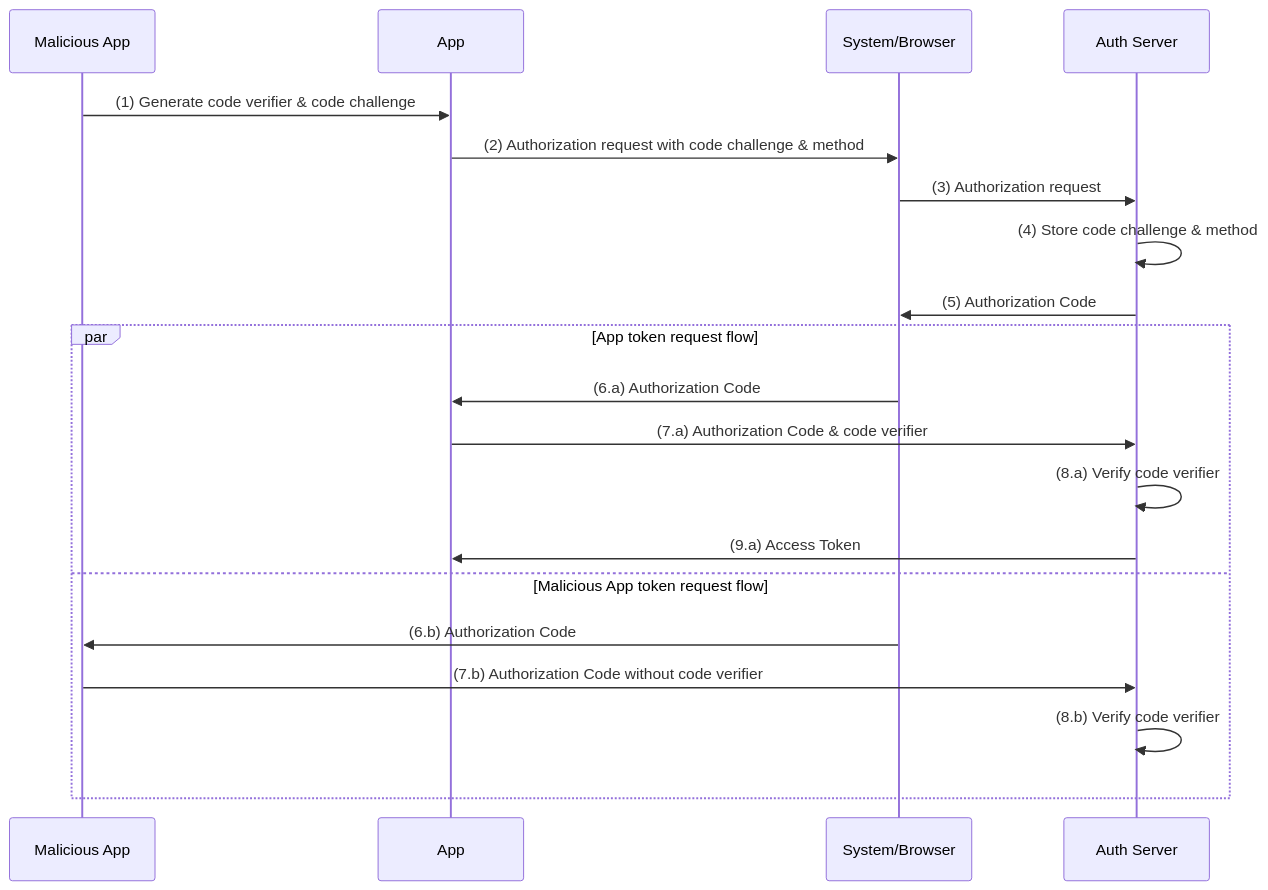
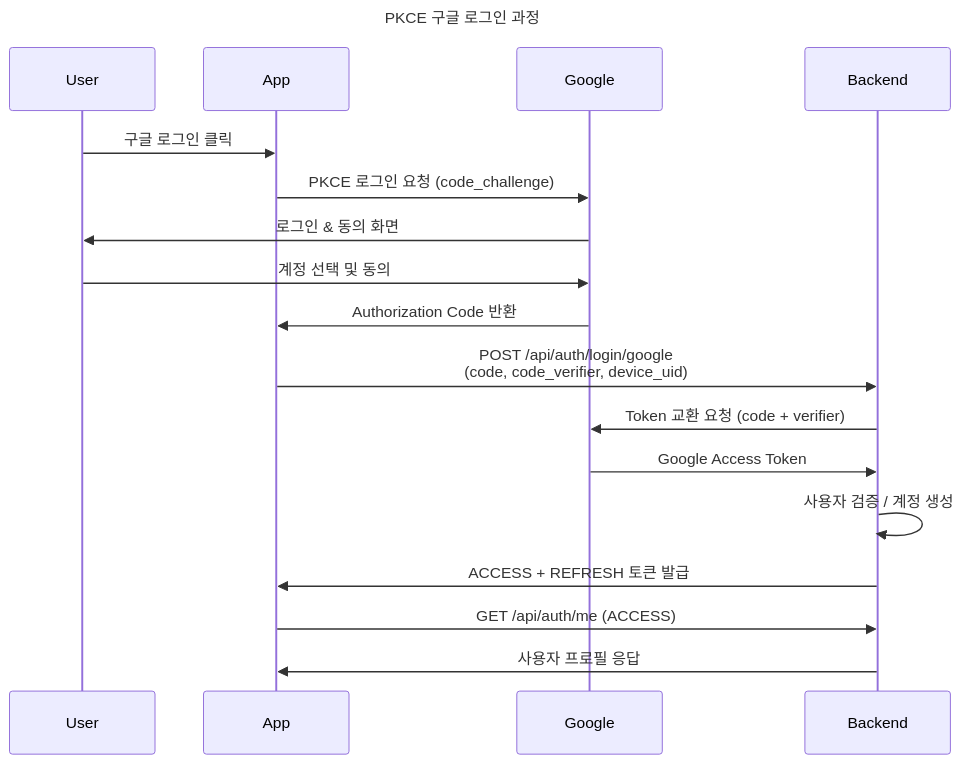
The first of 3 diagrams in apps/mobile/docs/PKCE_AUTH.md (Mockly-Company/mockly-mobile), drawn with Mermaid before and after one commit. The commit also changed other lines of this file and 15 other files, not shown here.

````diff
--- a/apps/mobile/docs/PKCE_AUTH.md
+++ b/apps/mobile/docs/PKCE_AUTH.md
@@ -73,25 +3,25 @@
 ```mermaid
 sequenceDiagram
-    participant MaliciousApp as Malicious App
-    participant App as App
-    participant Browser as System/Browser
-    participant Auth as Auth Server
+    title PKCE 구글 로그인 과정
+    participant User
+    participant App
+    participant Google
+    participant Backend
 
-    %% Step 1~2
-    MaliciousApp->>App: (1) Generate code verifier & code challenge
-    App->>Browser: (2) Authorization request with code challenge & method
-    Browser->>Auth: (3) Authorization request
-    Auth->>Auth: (4) Store code challenge & method
-    Auth->>Browser: (5) Authorization Code
+    User->>App: 구글 로그인 클릭
+    App->>Google: PKCE 로그인 요청 (code_challenge)
+    Google->>User: 로그인 & 동의 화면
+    User->>Google: 계정 선택 및 동의
+    Google->>App: Authorization Code 반환
 
-    par App token request flow
-        Browser->>App: (6.a) Authorization Code
-        App->>Auth: (7.a) Authorization Code & code verifier
-        Auth->>Auth: (8.a) Verify code verifier
-        Auth->>App: (9.a) Access Token
-    and Malicious App token request flow
-        Browser->>MaliciousApp: (6.b) Authorization Code
-        MaliciousApp->>Auth: (7.b) Authorization Code without code verifier
-        Auth->>Auth: (8.b) Verify code verifier
-    end
+    App->>Backend: POST /api/auth/login/google<br/>(code, code_verifier, device_uid)
+    Backend->>Google: Token 교환 요청 (code + verifier)
+    Google->>Backend: Google Access Token
+
+    Backend->>Backend: 사용자 검증 / 계정 생성
+    Backend->>App: ACCESS + REFRESH 토큰 발급
+
+    App->>Backend: GET /api/auth/me (ACCESS)
+    Backend->>App: 사용자 프로필 응답
+
 ```
````
